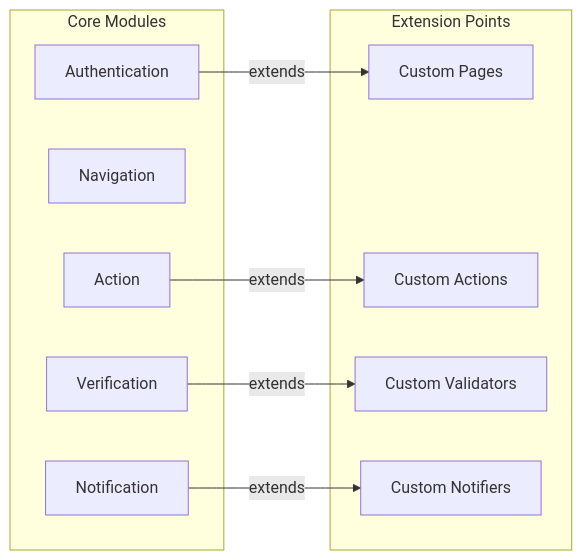
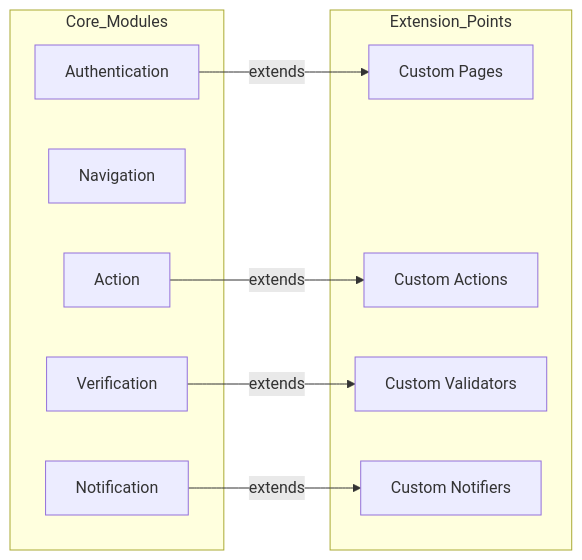
One commit to liu-chun-wu/daily-tick-runner changed the sixth of 6 diagrams in ARCHITECTURE.md. Above: the diagram before and after it, drawn with Mermaid. The commit also changed other lines of this file and 3 other files, not shown here.

Commit message:
update mermaid

````diff
--- a/ARCHITECTURE.md
+++ b/ARCHITECTURE.md
@@ -485,23 +481,24 @@
 ```mermaid
 flowchart LR
-  subgraph Core Modules
+  subgraph Core_Modules
     AM[Authentication]
     NM[Navigation]
     ACT[Action]
     VM[Verification]
     NTM[Notification]
   end
 
-  subgraph Extension Points
+  subgraph Extension_Points
     CP[Custom Pages]
     CA[Custom Actions]
     CV[Custom Validators]
     CN[Custom Notifiers]
   end
 
   AM -->|extends| CP
   ACT -->|extends| CA
   VM -->|extends| CV
   NTM -->|extends| CN
 
+
 ```
````
